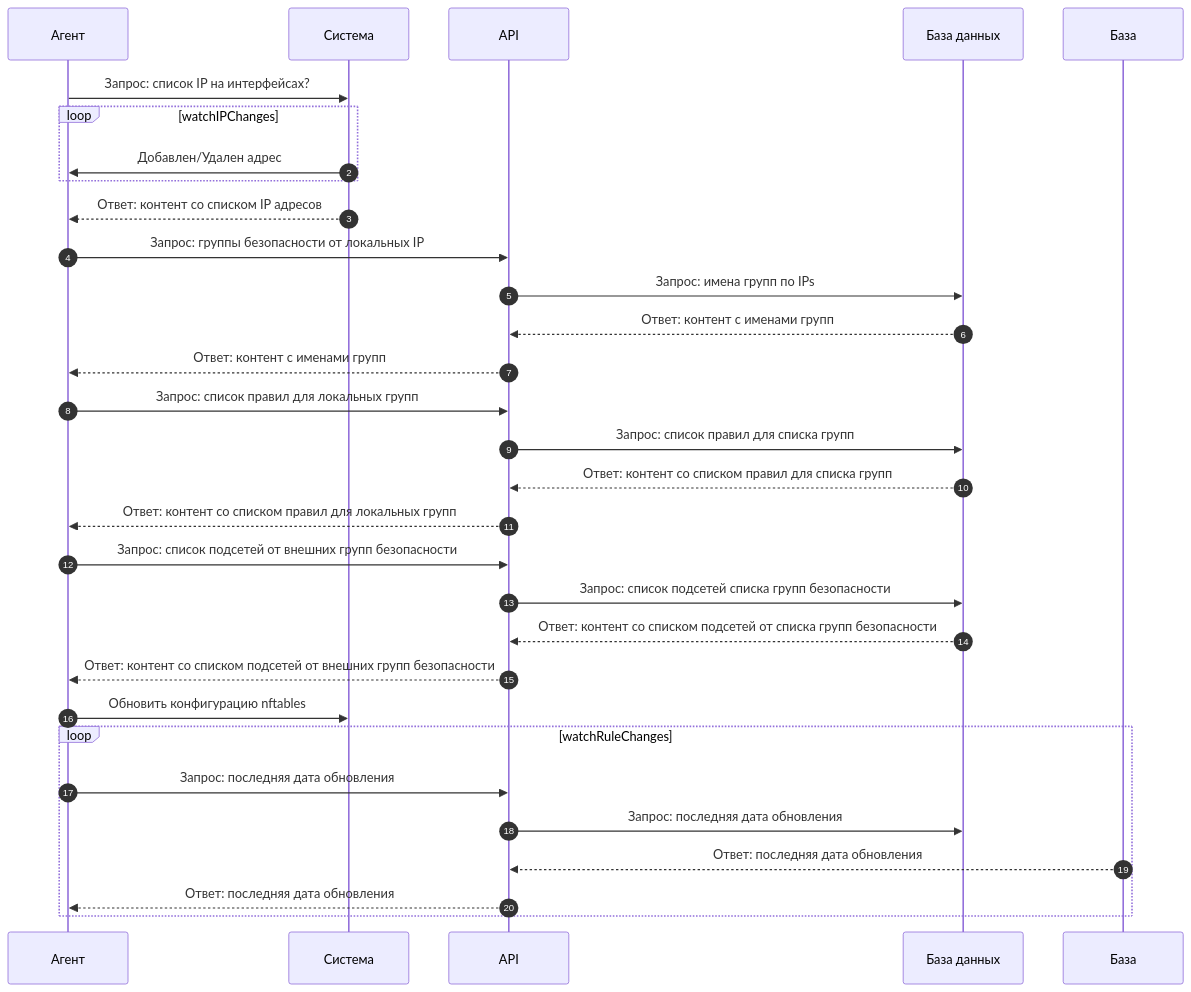
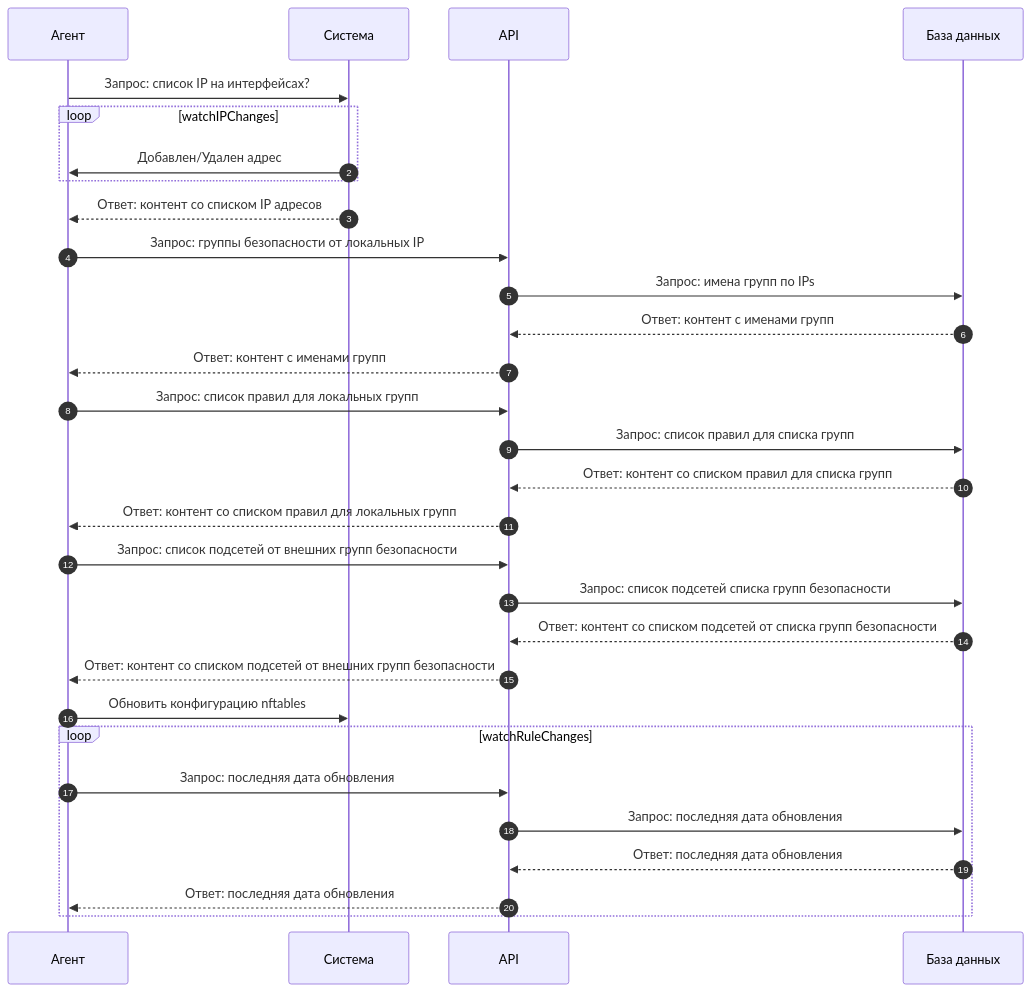
One commit to fraima/fraimHBF changed the second of 2 diagrams in docs/architecture_components.md. Above: the diagram before and after it, drawn with Mermaid.

````diff
--- a/docs/architecture_components.md
+++ b/docs/architecture_components.md
@@ -25,39 +25,39 @@
 ``` mermaid
 sequenceDiagram
   Агент->>Система: Запрос: список IP на интерфейсах?
 
   autonumber
   loop watchIPChanges
       Система->>Агент: Добавлен/Удален адрес
   end
 
     # процесс определения имен локальных групп безопасности
   Система-->>Агент: Ответ: контент со списком IP адресов
   Агент->> API: Запрос: группы безопасности от локальных IP
   API->> База данных: Запрос: имена групп по IPs
   База данных-->> API: Ответ: контент с именами групп
   API-->> Агент: Ответ: контент с именами групп
 
     # процесс определения правил для групп безопасности
   Агент->> API: Запрос: список правил для локальных групп
   API->> База данных: Запрос: список правил для списка групп
   База данных-->> API: Ответ: контент со списком правил для списка групп
   API-->> Агент: Ответ: контент со списком правил для локальных групп
 
     # процесс определения имен удаленных групп безопасности
   Агент->> API: Запрос: список подсетей от внешних групп безопасности
   API->> База данных: Запрос: список подсетей списка групп безопасности
   База данных-->> API: Ответ: контент со списком подсетей от списка групп безопасности
   API-->> Агент: Ответ: контент со списком подсетей от внешних групп безопасности
 
     # процесс формирования конфигурационного файла nftables
     Агент->> Система: Обновить конфигурацию nftables
 
   loop watchRuleChanges
       Агент->>API: Запрос: последняя дата обновления
       API->>База данных: Запрос: последняя дата обновления
-      База-->>API: Ответ: последняя дата обновления
+      База данных-->>API: Ответ: последняя дата обновления
       API-->>Агент: Ответ: последняя дата обновления
   end
 
 ```
````
